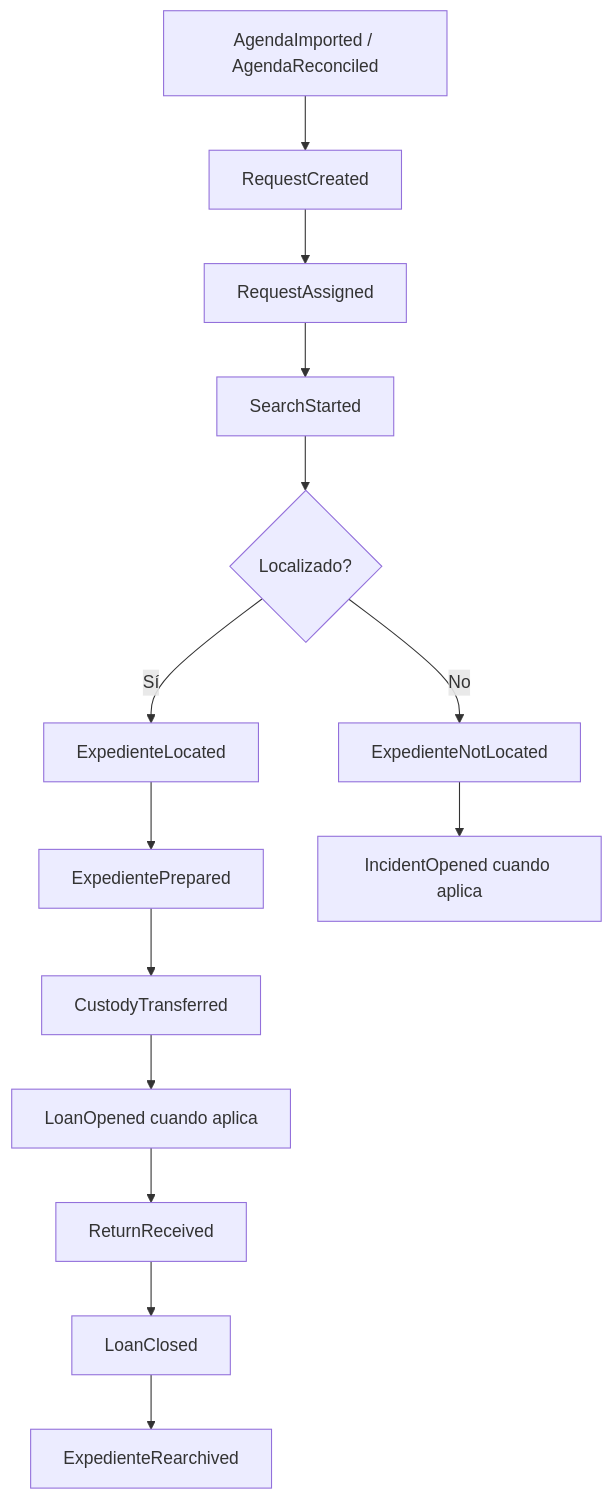
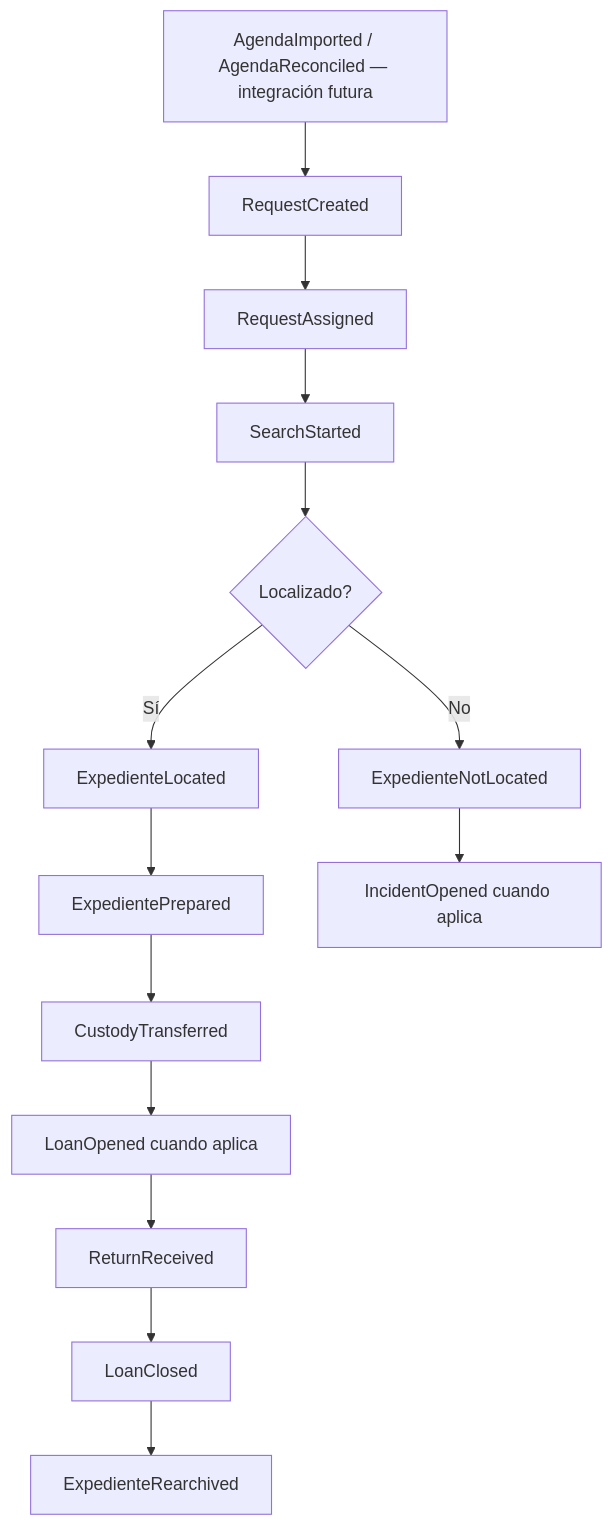
One commit to lexcorp/SIGAC changed the diagram in docs/sdb/Volume-03-Domain-Driven-Design/22-domain-event-flow.md. Above: the diagram before and after it, drawn with Mermaid. The commit also changed other lines of this file and 20 other files, not shown here.

````diff
--- a/docs/sdb/Volume-03-Domain-Driven-Design/22-domain-event-flow.md
+++ b/docs/sdb/Volume-03-Domain-Driven-Design/22-domain-event-flow.md
@@ -8,16 +8,16 @@
 ```mermaid
 flowchart TD
- A[AgendaImported / AgendaReconciled] --> B[RequestCreated]
+ A[AgendaImported / AgendaReconciled — integración futura] --> B[RequestCreated]
  B --> C[RequestAssigned]
  C --> D[SearchStarted]
  D --> E{Localizado?}
  E -->|Sí| F[ExpedienteLocated]
  E -->|No| G[ExpedienteNotLocated]
  F --> H[ExpedientePrepared]
  H --> I[CustodyTransferred]
  I --> J[LoanOpened cuando aplica]
  J --> K[ReturnReceived]
  K --> L[LoanClosed]
  L --> M[ExpedienteRearchived]
  G --> N[IncidentOpened cuando aplica]
 ```
````
